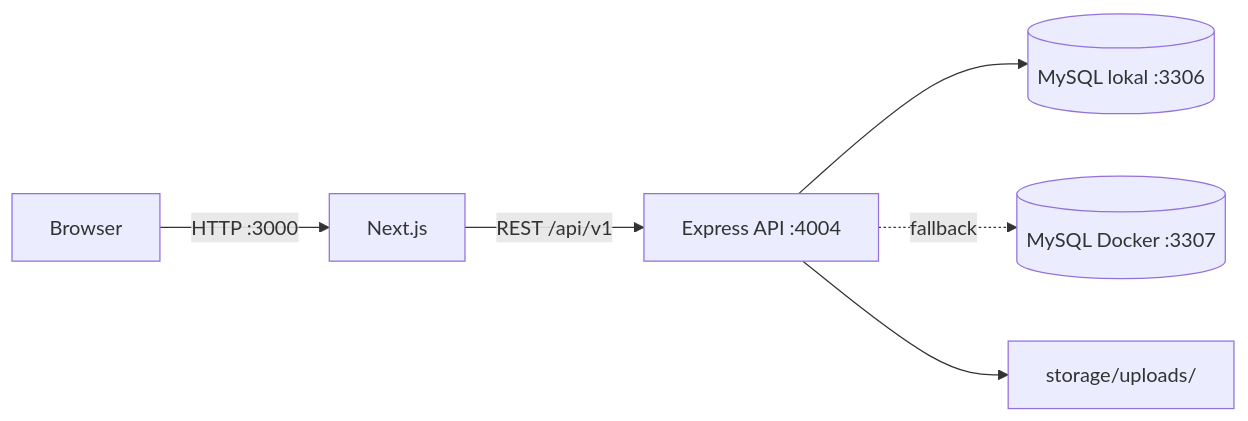
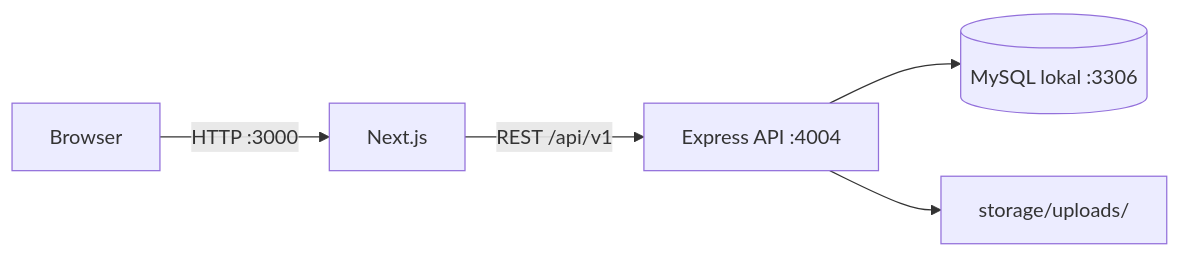
Before and after one commit to Abdlhsnu17/NutriLife: the diagram in README.md, drawn with Mermaid. The commit also changed other lines of this file and 8 other files, not shown here.

````diff
--- a/README.md
+++ b/README.md
@@ -40,8 +40,7 @@
 ```mermaid
 flowchart LR
     U[Browser] -->|HTTP :3000| F[Next.js]
     F -->|REST /api/v1| A[Express API :4004]
     A --> D[(MySQL lokal :3306)]
-    A -. fallback .-> X[(MySQL Docker :3307)]
     A --> P[storage/uploads/]
 ```
````
